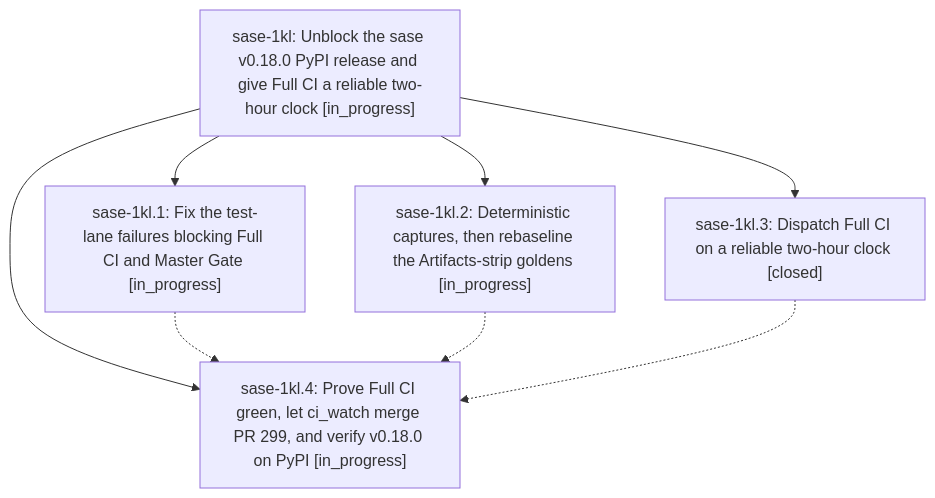
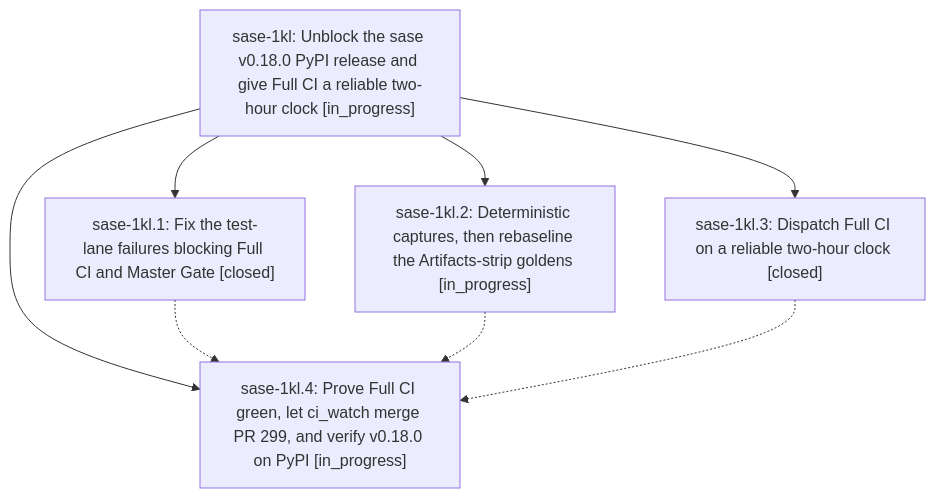
One commit to sase-org/sase--beads changed the diagram in pages/sase-1kl/README.md. Above: the diagram before and after it, drawn with Mermaid. The commit also changed other lines of this file and 3 other files, not shown here.

````diff
--- a/pages/sase-1kl/README.md
+++ b/pages/sase-1kl/README.md
@@ -25,15 +37,15 @@
 ```mermaid
 flowchart TD
     n0["sase-1kl: Unblock the sase v0.18.0 PyPI release and give Full CI a reliable two-hour clock [in_progress]"]
-    n1["sase-1kl.1: Fix the test-lane failures blocking Full CI and Master Gate [in_progress]"]
+    n1["sase-1kl.1: Fix the test-lane failures blocking Full CI and Master Gate [closed]"]
     n2["sase-1kl.2: Deterministic captures, then rebaseline the Artifacts-strip goldens [in_progress]"]
     n3["sase-1kl.3: Dispatch Full CI on a reliable two-hour clock [closed]"]
     n4["sase-1kl.4: Prove Full CI green, let ci_watch merge PR 299, and verify v0.18.0 on PyPI [in_progress]"]
     n0 --> n1
     n0 --> n2
     n0 --> n3
     n0 --> n4
     n1 -.-> n4
     n2 -.-> n4
     n3 -.-> n4
 ```
````
